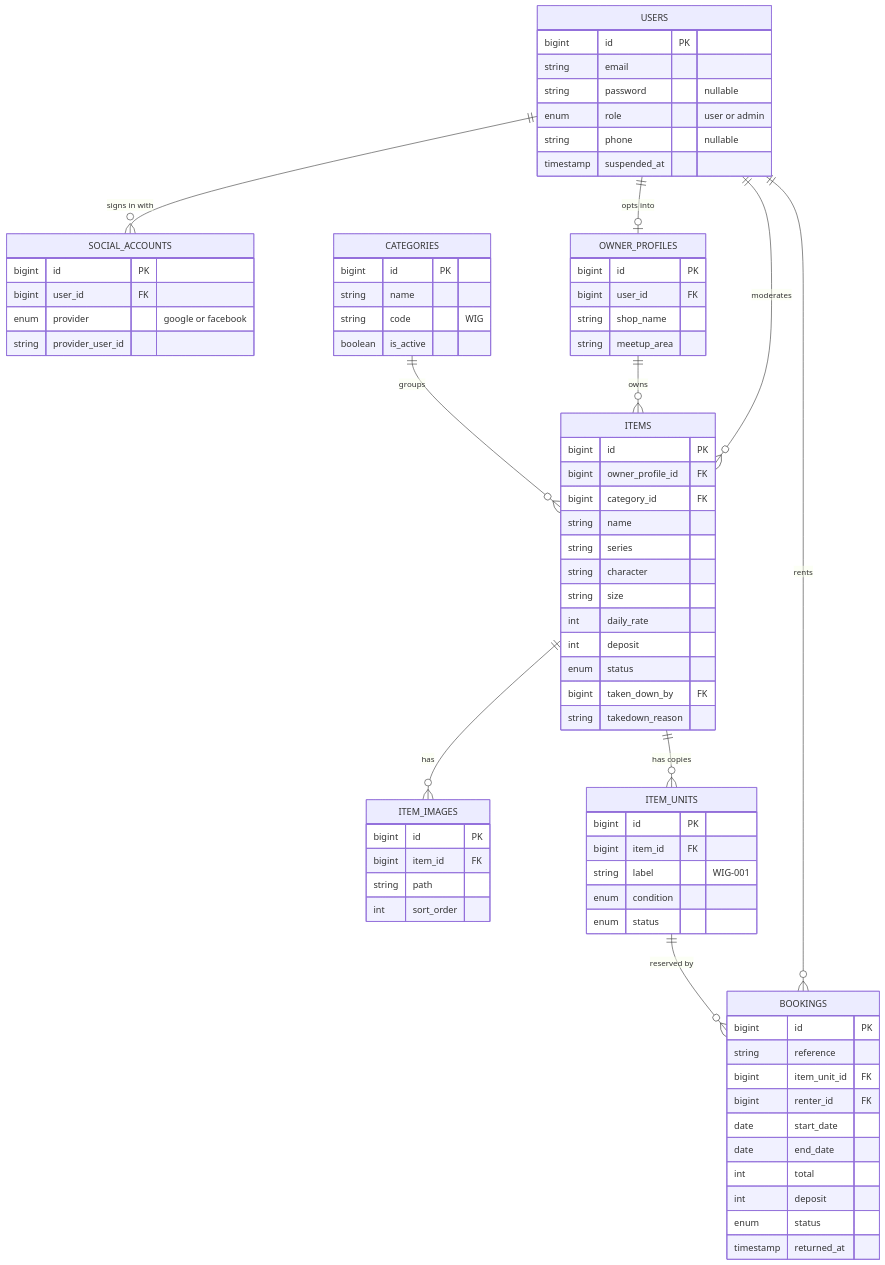
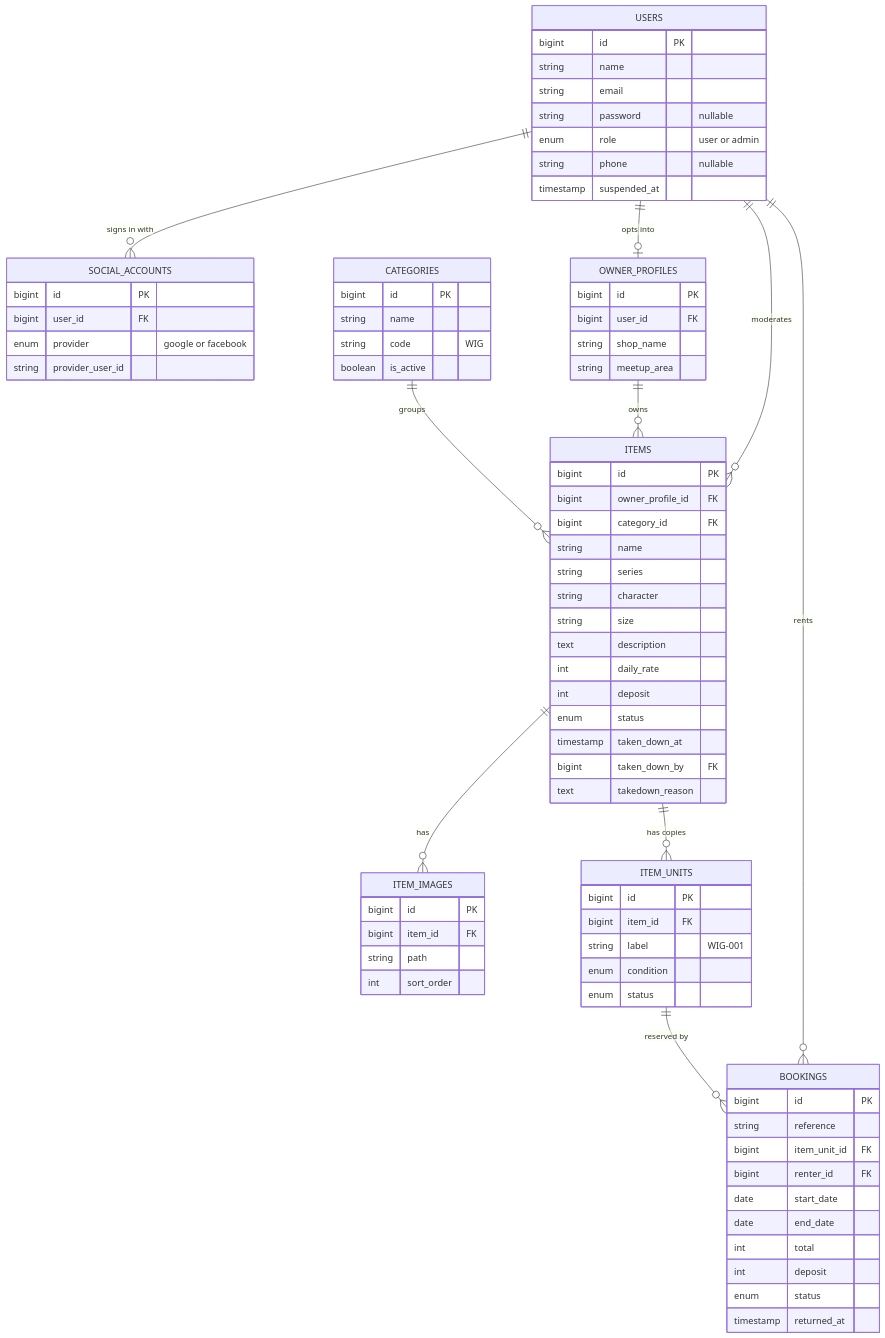
One commit to nemui-inu/fitcheck-rentals changed the first of 6 diagrams in docs/DIAGRAMS.md. Above: the diagram before and after it, drawn with Mermaid. The commit also changed other lines of this file and 1 other file, not shown here.

Commit message:
docs: add standalone erd file and refresh the diagram
Generate docs/erd.mmd from the live schema so it can be opened
outside the markdown, and sync the embedded block: add users.name,
items.description, and items.taken_down_at, and correct the
takedown_reason column type. All nine foreign keys were verified
against information_schema.

````diff
--- a/docs/DIAGRAMS.md
+++ b/docs/DIAGRAMS.md
@@ -7,78 +9,81 @@
 ```mermaid
 erDiagram
   USERS ||--o{ SOCIAL_ACCOUNTS : "signs in with"
   USERS ||--o| OWNER_PROFILES : "opts into"
   USERS ||--o{ BOOKINGS : rents
   USERS ||--o{ ITEMS : moderates
   OWNER_PROFILES ||--o{ ITEMS : owns
   CATEGORIES ||--o{ ITEMS : groups
   ITEMS ||--o{ ITEM_IMAGES : has
   ITEMS ||--o{ ITEM_UNITS : "has copies"
   ITEM_UNITS ||--o{ BOOKINGS : "reserved by"
 
   USERS {
     bigint id PK
+    string name
     string email
     string password "nullable"
     enum role "user or admin"
     string phone "nullable"
     timestamp suspended_at
   }
   SOCIAL_ACCOUNTS {
     bigint id PK
     bigint user_id FK
     enum provider "google or facebook"
     string provider_user_id
   }
   OWNER_PROFILES {
     bigint id PK
     bigint user_id FK
     string shop_name
     string meetup_area
   }
   CATEGORIES {
     bigint id PK
     string name
     string code "WIG"
     boolean is_active
   }
   ITEMS {
     bigint id PK
     bigint owner_profile_id FK
     bigint category_id FK
     string name
     string series
     string character
     string size
+    text description
     int daily_rate
     int deposit
     enum status
+    timestamp taken_down_at
     bigint taken_down_by FK
-    string takedown_reason
+    text takedown_reason
   }
   ITEM_IMAGES {
     bigint id PK
     bigint item_id FK
     string path
     int sort_order
   }
   ITEM_UNITS {
     bigint id PK
     bigint item_id FK
     string label "WIG-001"
     enum condition
     enum status
   }
   BOOKINGS {
     bigint id PK
     string reference
     bigint item_unit_id FK
     bigint renter_id FK
     date start_date
     date end_date
     int total
     int deposit
     enum status
     timestamp returned_at
   }
 ```
````
